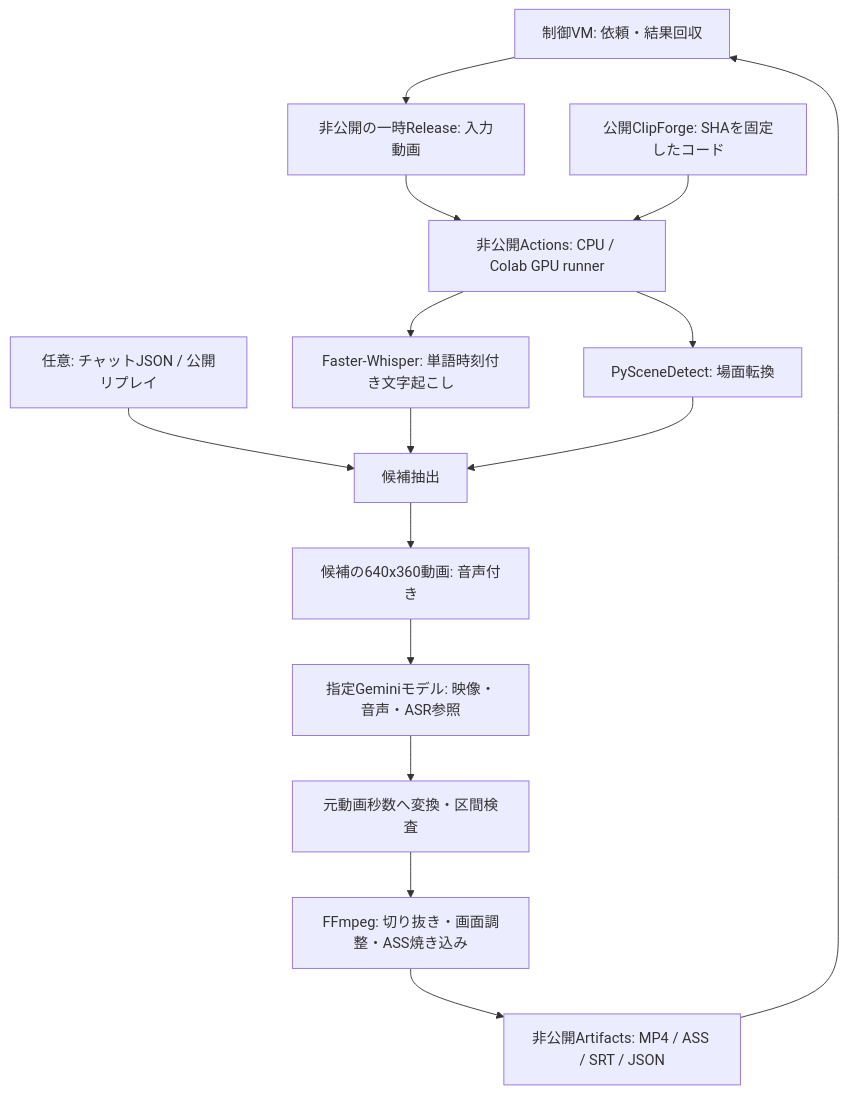
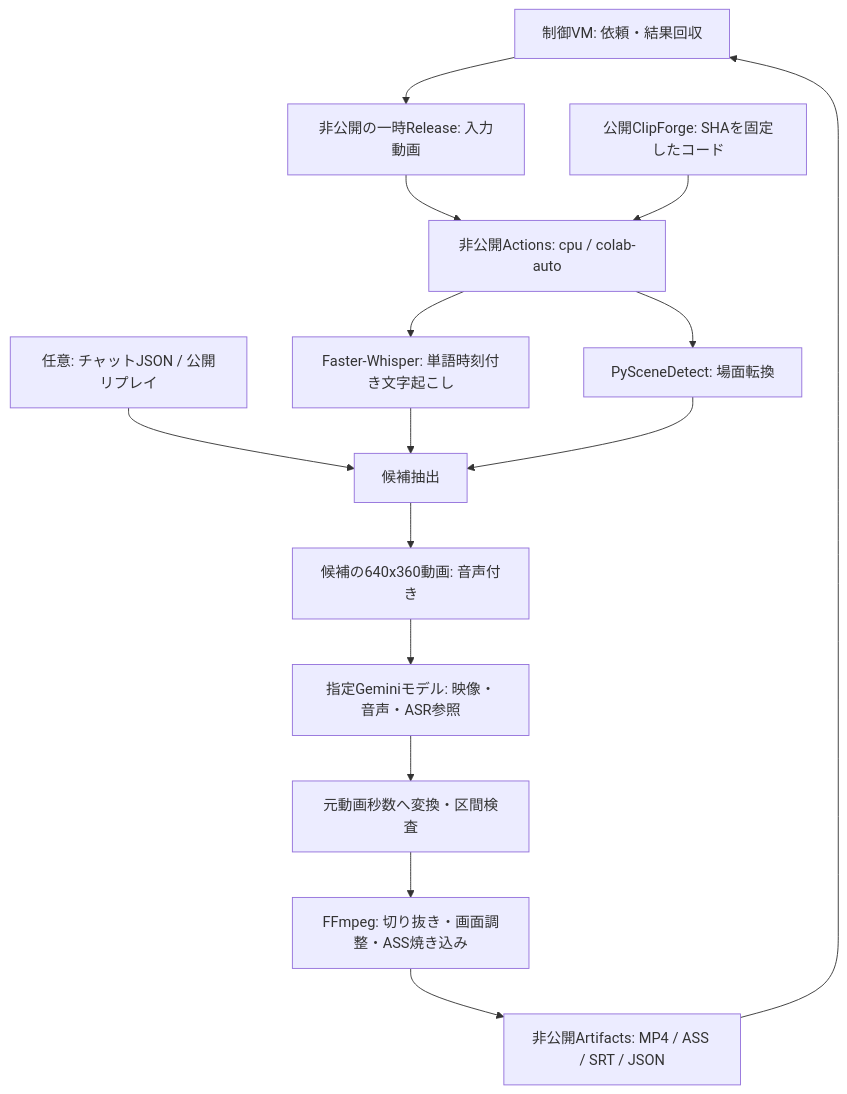
One commit to nyu1791-collab/ClipForge changed the second of 2 diagrams in docs/ARCHITECTURE.md. Above: the diagram before and after it, drawn with Mermaid. The commit also changed other lines of this file and 10 other files, not shown here.

````diff
--- a/docs/ARCHITECTURE.md
+++ b/docs/ARCHITECTURE.md
@@ -3,17 +20,17 @@
 ```mermaid
 flowchart TD
   VM[制御VM: 依頼・結果回収] --> IN[非公開の一時Release: 入力動画]
-  IN --> RUN[非公開Actions: CPU / Colab GPU runner]
+  IN --> RUN[非公開Actions: cpu / colab-auto]
   CODE[公開ClipForge: SHAを固定したコード] --> RUN
   RUN --> ASR[Faster-Whisper: 単語時刻付き文字起こし]
   RUN --> SCENE[PySceneDetect: 場面転換]
   CHAT[任意: チャットJSON / 公開リプレイ] --> CAND[候補抽出]
   ASR --> CAND
   SCENE --> CAND
   CAND --> PREVIEW[候補の640x360動画: 音声付き]
   PREVIEW --> GEMINI[指定Geminiモデル: 映像・音声・ASR参照]
   GEMINI --> CHECK[元動画秒数へ変換・区間検査]
   CHECK --> FFMPEG[FFmpeg: 切り抜き・画面調整・ASS焼き込み]
   FFMPEG --> OUT[非公開Artifacts: MP4 / ASS / SRT / JSON]
   OUT --> VM
 ```
````
